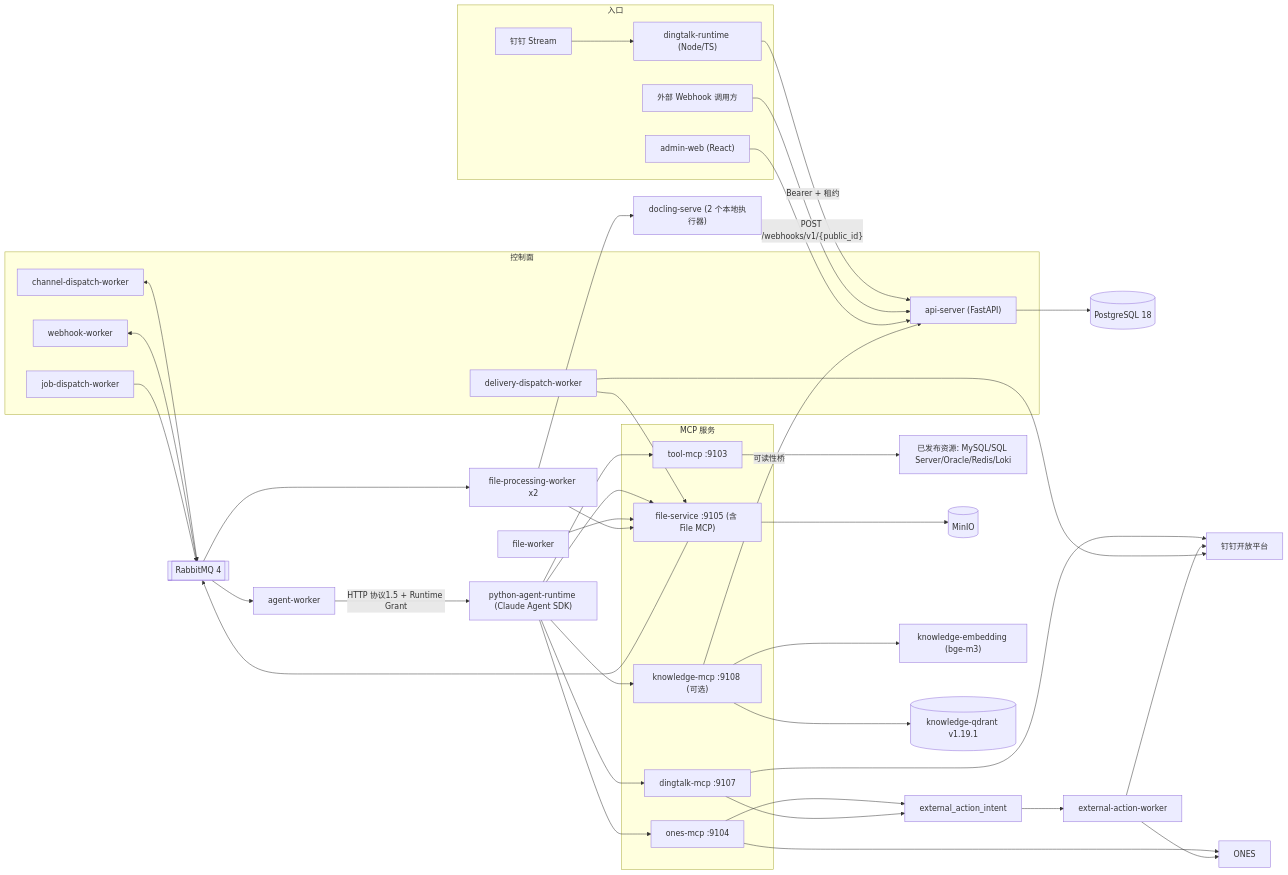
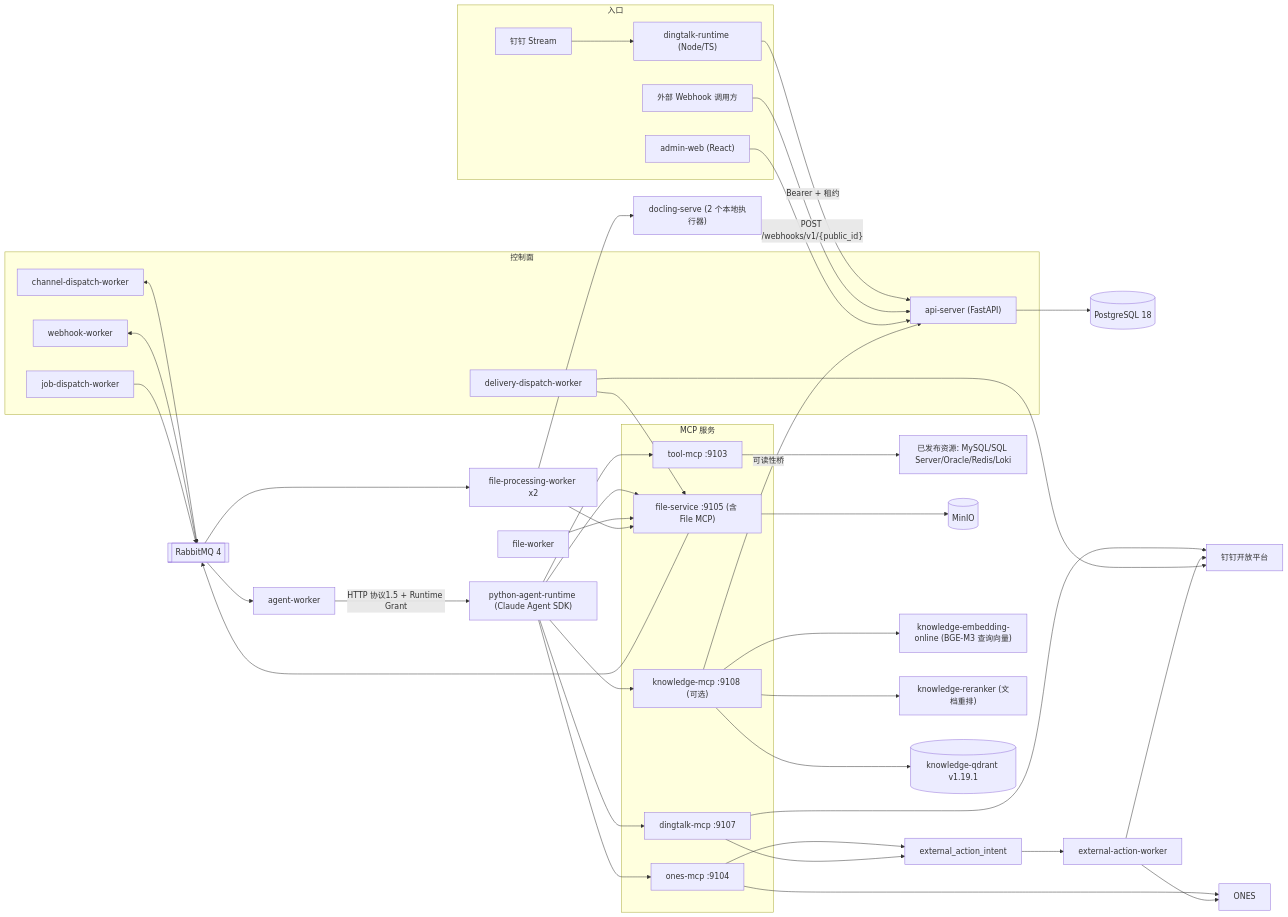
The first of 13 diagrams in docs/reference/enterprise-agent-system-design-for-chatgpt.md (zmh117/enterprise_agent), drawn with Mermaid before and after one commit. The commit also changed other lines of this file and 16 other files, not shown here.

````diff
--- a/docs/reference/enterprise-agent-system-design-for-chatgpt.md
+++ b/docs/reference/enterprise-agent-system-design-for-chatgpt.md
@@ -58,63 +58,64 @@
 ```mermaid
 flowchart LR
   subgraph Ingress["入口"]
     DTS["钉钉 Stream"] --> DTR["dingtalk-runtime (Node/TS)"]
     WH["外部 Webhook 调用方"]
     WEB["admin-web (React)"]
   end
 
   DTR -->|"Bearer + 租约"| API
   WH -->|"POST /webhooks/v1/{public_id}"| API
   WEB --> API
 
   subgraph CP["控制面"]
     API["api-server (FastAPI)"]
     CDW["channel-dispatch-worker"]
     WHW["webhook-worker"]
     JDW["job-dispatch-worker"]
     DDW["delivery-dispatch-worker"]
   end
 
   API --> PG[("PostgreSQL 18")]
   CDW <--> MQ[["RabbitMQ 4"]]
   WHW <--> MQ
   JDW --> MQ
   MQ --> AW["agent-worker"]
   AW -->|"HTTP 协议1.5 + Runtime Grant"| RT["python-agent-runtime (Claude Agent SDK)"]
 
   subgraph MCP["MCP 服务"]
     TM["tool-mcp :9103"]
     OM["ones-mcp :9104"]
     DM["dingtalk-mcp :9107"]
     FS["file-service :9105 (含 File MCP)"]
     KM["knowledge-mcp :9108 (可选)"]
   end
 
   RT --> TM
   RT --> OM
   RT --> DM
   RT --> FS
   RT --> KM
   TM --> RES["已发布资源: MySQL/SQL Server/Oracle/Redis/Loki"]
   OM --> ONES["ONES"]
   DM --> DING["钉钉开放平台"]
   OM --> INTENT["external_action_intent"]
   DM --> INTENT
   INTENT --> EAW["external-action-worker"]
   EAW --> ONES
   EAW --> DING
 
   FS --> MINIO[("MinIO")]
   FW["file-worker"] --> FS
   FS --> MQ
   MQ --> FPW["file-processing-worker x2"]
   FPW --> DOC["docling-serve (2 个本地执行器)"]
   FPW --> FS
 
-  KM --> EMB["knowledge-embedding (bge-m3)"]
+  KM --> EMB["knowledge-embedding-online (BGE-M3 查询向量)"]
+  KM --> RERANK["knowledge-reranker (文档重排)"]
   KM --> QD[("knowledge-qdrant v1.19.1")]
   KM -->|"可读性桥"| API
 
   DDW --> FS
   DDW --> DING
 ```
````
